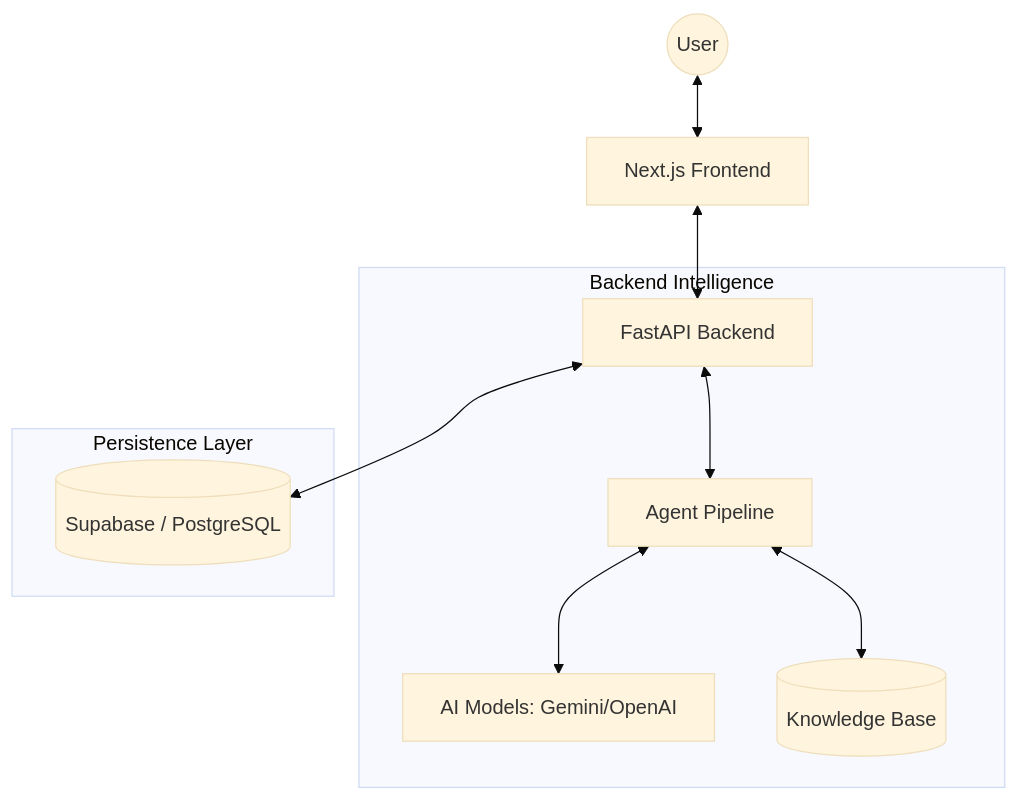
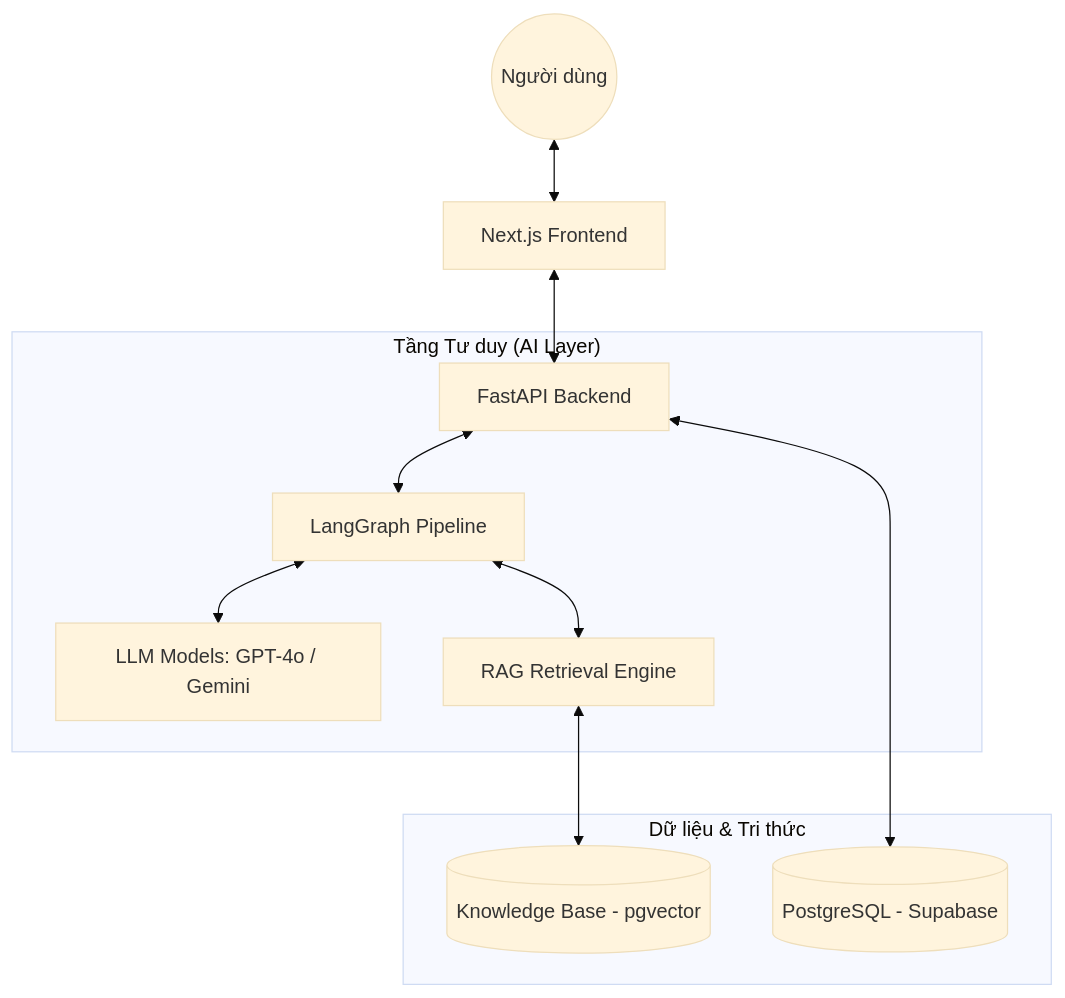
Before and after one commit to buiftheescoong/A20-App-Deploy: the first of 2 diagrams in architecture.md, drawn with Mermaid (base theme). The commit also changed other lines of this file and 3 other files, not shown here.

Commit message:
update plan architecture: using LangGraph, SSE liên tục, add upload, improve UX

````diff
--- a/architecture.md
+++ b/architecture.md
@@ -28,15 +23,16 @@
 ```mermaid
 graph TD
-    User((User)) <--> FE[Next.js Frontend]
+    User((Người dùng)) <--> FE[Next.js Frontend]
     FE <--> BE[FastAPI Backend]
     
-    subgraph "Backend Intelligence"
-        BE <--> Pipeline[Agent Pipeline]
-        Pipeline <--> LLM[AI Models: Gemini/OpenAI]
-        Pipeline <--> KB[(Knowledge Base)]
+    subgraph "Tầng Tư duy (AI Layer)"
+        BE <--> Pipeline[LangGraph Pipeline]
+        Pipeline <--> LLM[LLM Models: GPT-4o / Gemini]
+        Pipeline <--> RAG[RAG Retrieval Engine]
     end
     
-    subgraph "Persistence Layer"
-        BE <--> DB[(Supabase / PostgreSQL)]
+    subgraph "Dữ liệu & Tri thức"
+        RAG <--> KB[(Knowledge Base - pgvector)]
+        BE <--> DB[(PostgreSQL - Supabase)]
     end
 ```
````
